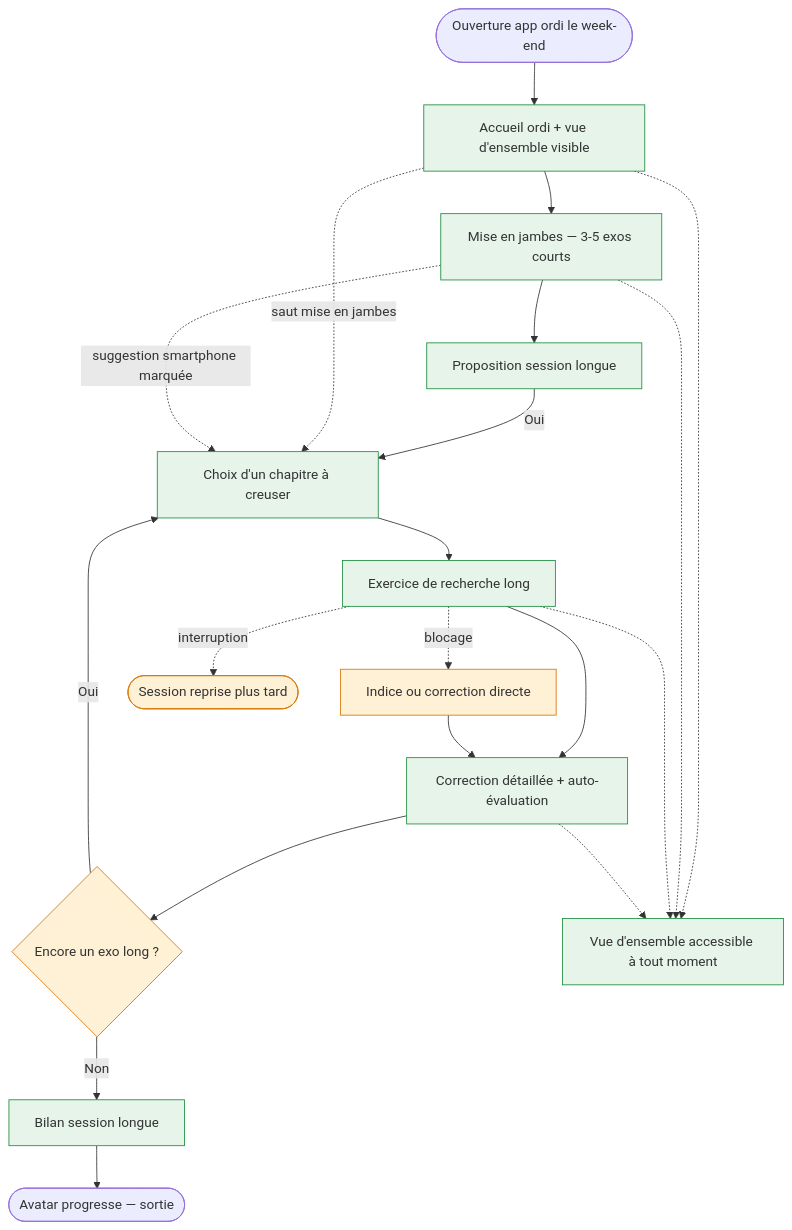
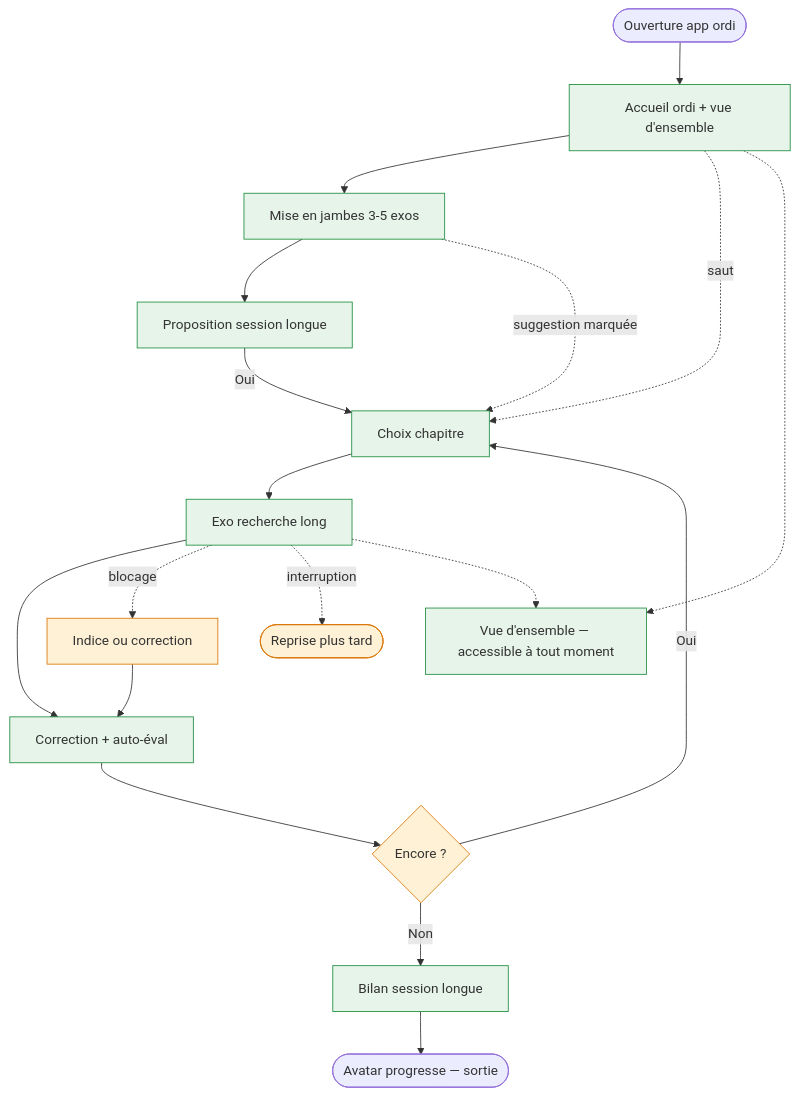
One commit to tnansot/juju-aviatrice changed the diagram in docs/02-discovery/journeys/journey-week-end-immersion.md. Above: the diagram before and after it, drawn with Mermaid. The commit also changed other lines of this file and 11 other files, not shown here.

````diff
--- a/docs/02-discovery/journeys/journey-week-end-immersion.md
+++ b/docs/02-discovery/journeys/journey-week-end-immersion.md
@@ -146,29 +53,27 @@
 ```mermaid
 flowchart TD
-    Start([Ouverture app ordi le week-end]) --> S1[Accueil ordi + vue d'ensemble visible]
-    S1 --> S2[Mise en jambes — 3-5 exos courts]
+    Start([Ouverture app ordi]) --> S1[Accueil ordi + vue d'ensemble]
+    S1 --> S2[Mise en jambes 3-5 exos]
     S2 --> S3[Proposition session longue]
-    S3 -- Oui --> S4[Choix d'un chapitre à creuser]
-    S4 --> S5[Exercice de recherche long]
-    S5 --> S6[Correction détaillée + auto-évaluation]
-    S6 --> S5Bis{Encore un exo long ?}
+    S3 -- Oui --> S4[Choix chapitre]
+    S4 --> S5[Exo recherche long]
+    S5 --> S6[Correction + auto-éval]
+    S6 --> S5Bis{Encore ?}
     S5Bis -- Oui --> S4
     S5Bis -- Non --> S8[Bilan session longue]
     S8 --> End([Avatar progresse — sortie])
 
-    S1 -. saut mise en jambes .-> S4
-    S5 -. blocage .-> S5C[Indice ou correction directe] --> S6
-    S5 -. interruption .-> Pause([Session reprise plus tard])
-    S2 -. suggestion smartphone marquée .-> S4
+    S1 -. saut .-> S4
+    S5 -. blocage .-> S5C[Indice ou correction] --> S6
+    S5 -. interruption .-> Pause([Reprise plus tard])
+    S2 -. suggestion marquée .-> S4
 
-    S7[Vue d'ensemble accessible à tout moment]
+    S7[Vue d'ensemble — accessible à tout moment]
     S1 -.-> S7
-    S2 -.-> S7
     S5 -.-> S7
-    S6 -.-> S7
 
     classDef m1 fill:#e6f4ea,stroke:#1e8e3e
     classDef alt fill:#fff1d6,stroke:#d97706
     class S1,S2,S3,S4,S5,S6,S7,S8 m1
     class S5Bis,S5C,Pause alt
 ```
````
